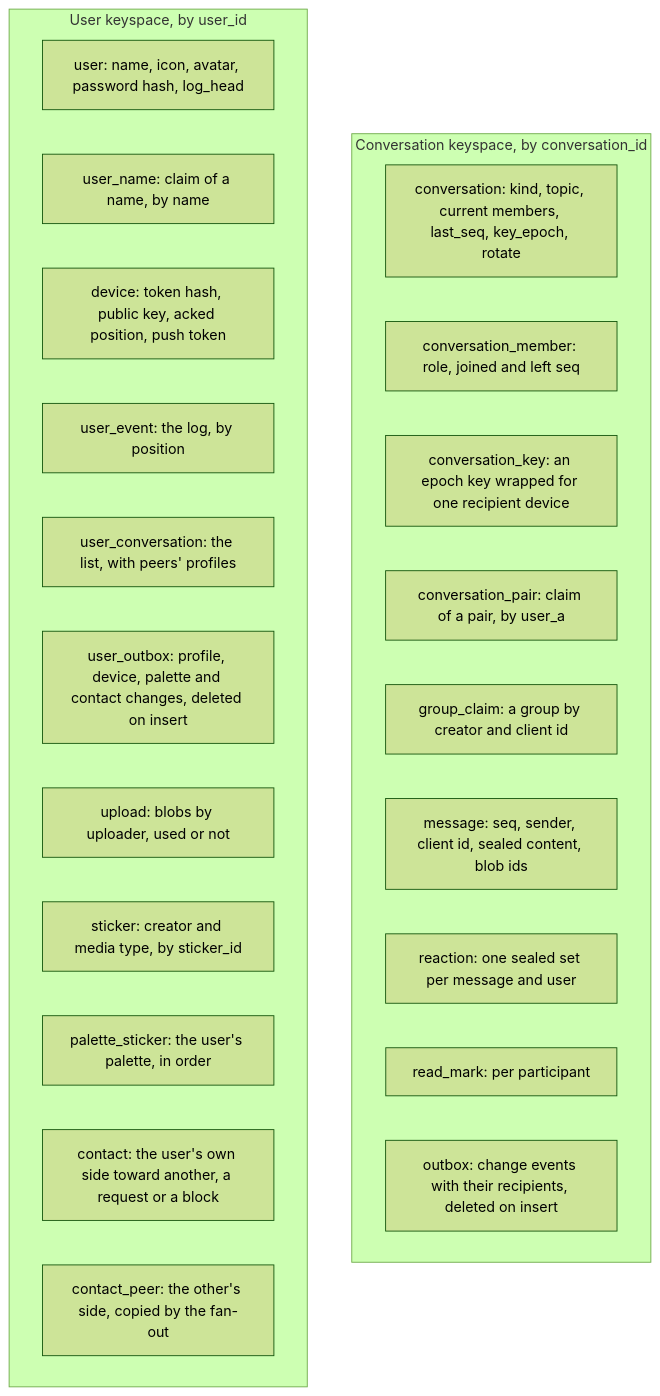
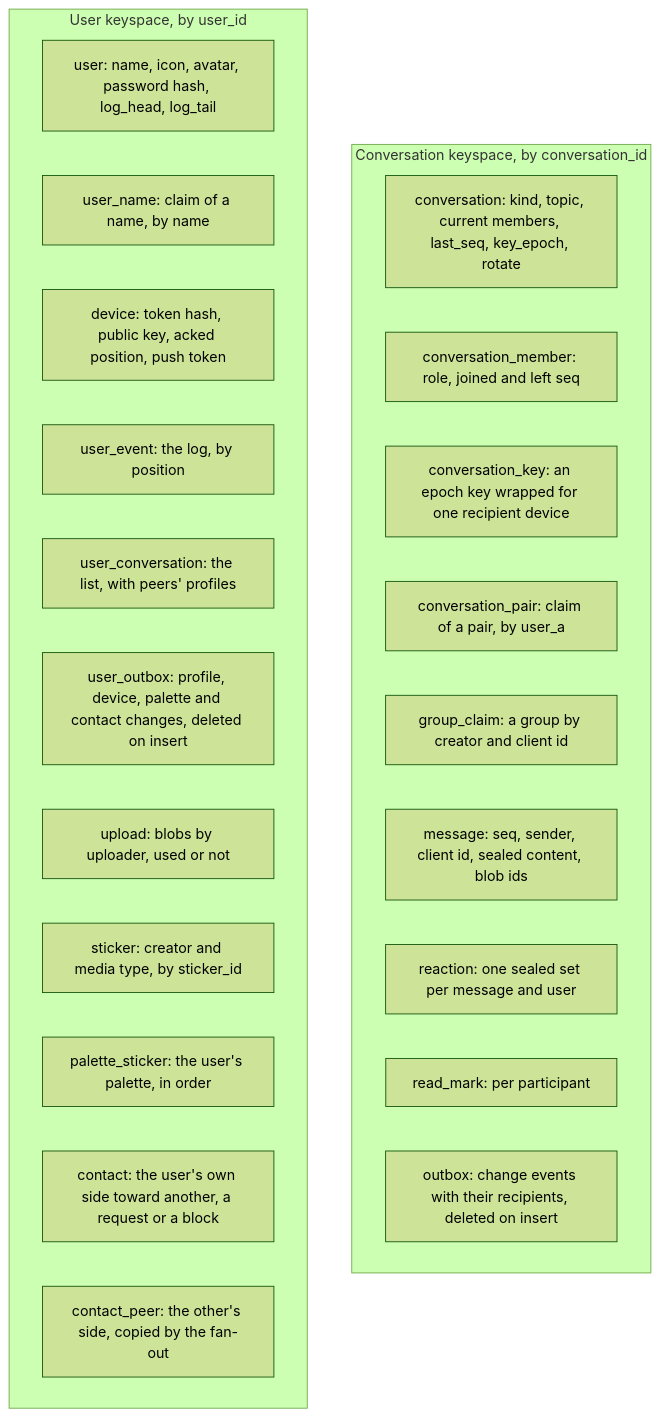
Before and after one commit to vlumi/wrinkle: the first of 5 diagrams in docs/architecture.md, drawn with Mermaid (forest theme). The commit also changed other lines of this file and 2 other files, not shown here.

Commit message:
Docs: bounded user logs, and the plain MySQL profile in the history

````diff
--- a/docs/architecture.md
+++ b/docs/architecture.md
@@ -47,27 +47,27 @@
 ```mermaid
 flowchart TB
   subgraph conv ["Conversation keyspace, by conversation_id"]
     c["conversation: kind, topic, current members, last_seq, key_epoch, rotate"]
     cm["conversation_member: role, joined and left seq"]
     ck["conversation_key: an epoch key wrapped for one recipient device"]
     p["conversation_pair: claim of a pair, by user_a"]
     g["group_claim: a group by creator and client id"]
     m["message: seq, sender, client id, sealed content, blob ids"]
     rx["reaction: one sealed set per message and user"]
     r["read_mark: per participant"]
     o["outbox: change events with their recipients, deleted on insert"]
   end
   subgraph user ["User keyspace, by user_id"]
-    u["user: name, icon, avatar, password hash, log_head"]
+    u["user: name, icon, avatar, password hash, log_head, log_tail"]
     n["user_name: claim of a name, by name"]
     d["device: token hash, public key, acked position, push token"]
     e["user_event: the log, by position"]
     l["user_conversation: the list, with peers' profiles"]
     uo["user_outbox: profile, device, palette and contact changes, deleted on insert"]
     up["upload: blobs by uploader, used or not"]
     s["sticker: creator and media type, by sticker_id"]
     ps["palette_sticker: the user's palette, in order"]
     ct["contact: the user's own side toward another, a request or a block"]
     cp["contact_peer: the other's side, copied by the fan-out"]
   end
 ```
````
